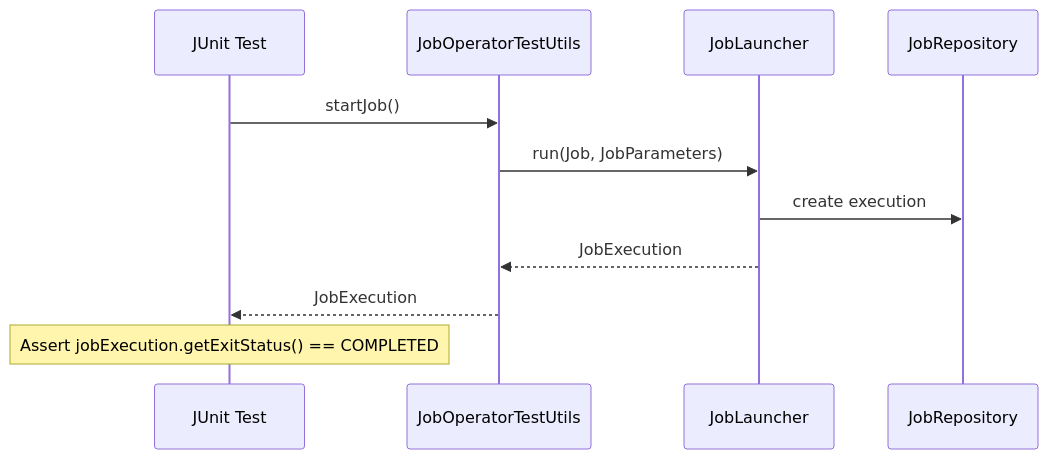
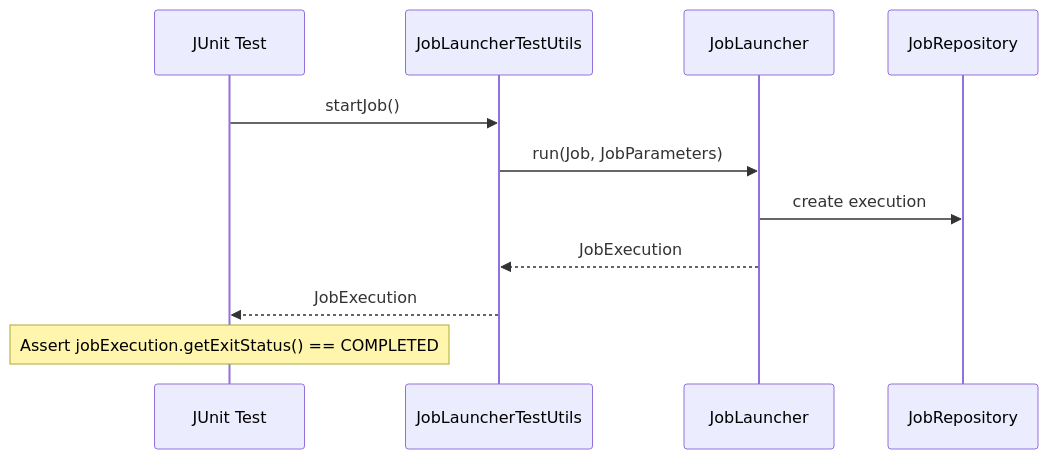
The diagram in Spring-Batch-Developer-Handbook/Chapter-12-Unit-Testing.md (pdheeraj99/Spring_Batch), drawn with Mermaid before and after one commit. The commit also changed other lines of this file and 18 other files, not shown here.

````diff
--- a/Spring-Batch-Developer-Handbook/Chapter-12-Unit-Testing.md
+++ b/Spring-Batch-Developer-Handbook/Chapter-12-Unit-Testing.md
@@ -38,14 +38,14 @@
 ```mermaid
 sequenceDiagram
     participant JUnit Test
-    participant JobOperatorTestUtils
+    participant JobLauncherTestUtils
     participant JobLauncher
     participant JobRepository
 
-    JUnit Test->>JobOperatorTestUtils: startJob()
-    JobOperatorTestUtils->>JobLauncher: run(Job, JobParameters)
+    JUnit Test->>JobLauncherTestUtils: startJob()
+    JobLauncherTestUtils->>JobLauncher: run(Job, JobParameters)
     JobLauncher->>JobRepository: create execution
-    JobLauncher-->>JobOperatorTestUtils: JobExecution
-    JobOperatorTestUtils-->>JUnit Test: JobExecution
+    JobLauncher-->>JobLauncherTestUtils: JobExecution
+    JobLauncherTestUtils-->>JUnit Test: JobExecution
     Note over JUnit Test: Assert jobExecution.getExitStatus() == COMPLETED
 ```
````
